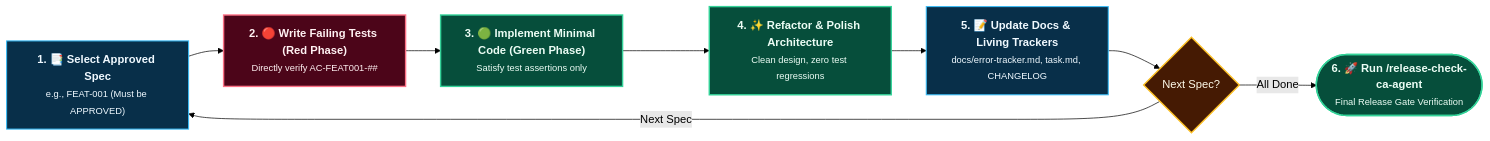
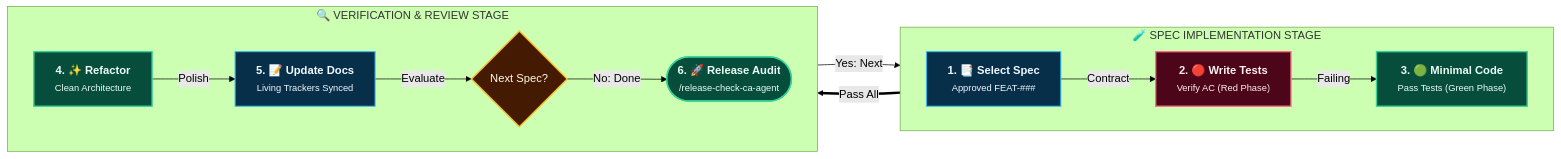
The second of 3 diagrams in SDD-TDD-Chandan-Adhikary/Spec-Driven-Development/docs/features/README.md (rmsofficialsyt/Agentic-AI-Vibe-Coding-AND-SDD-TDD-Codebase-Chandan-Adhikary), drawn with Mermaid (forest theme) before and after one commit. The commit also changed 14 other files, not shown here.

Commit message:
docs: standardize diagram aspect ratios, UI media sizing matrix, and multi-tier grid layouts

````diff
--- a/SDD-TDD-Chandan-Adhikary/Spec-Driven-Development/docs/features/README.md
+++ b/SDD-TDD-Chandan-Adhikary/Spec-Driven-Development/docs/features/README.md
@@ -60,15 +60,31 @@
 ```mermaid
 flowchart LR
     classDef step fill:#082f49,stroke:#38bdf8,stroke-width:1.5px,color:#f0f9ff;
     classDef red fill:#4c0519,stroke:#fb7185,stroke-width:2px,color:#fff1f2;
     classDef green fill:#064e3b,stroke:#34d399,stroke-width:2px,color:#ecfdf5;
     classDef gate fill:#451a03,stroke:#fbbf24,stroke-width:2px,color:#fffbeb;
 
-    SelectSpec["<b>1. 📑 Select Approved Spec</b><br/><small>e.g., FEAT-001 (Must be APPROVED)</small>"]:::step --> WriteTests["<b>2. 🔴 Write Failing Tests (Red Phase)</b><br/><small>Directly verify AC-FEAT001-##</small>"]:::red
-    WriteTests --> ImplementCode["<b>3. 🟢 Implement Minimal Code (Green Phase)</b><br/><small>Satisfy test assertions only</small>"]:::green
-    ImplementCode --> RefactorCode["<b>4. ✨ Refactor & Polish Architecture</b><br/><small>Clean design, zero test regressions</small>"]:::green
-    RefactorCode --> UpdateDocs["<b>5. 📝 Update Docs & Living Trackers</b><br/><small>docs/error-tracker.md, task.md, CHANGELOG</small>"]:::step
-    UpdateDocs --> NextSpec{"Next Spec?"}:::gate
-    NextSpec -->|"Next Spec"| SelectSpec
-    NextSpec -->|"All Done"| ReleaseAudit(["<b>6. 🚀 Run /release-check-ca-agent</b><br/><small>Final Release Gate Verification</small>"]):::green
+    subgraph ForwardTier ["🧪 SPEC IMPLEMENTATION STAGE"]
+        direction LR
+        SelectSpec["<b>1. 📑 Select Spec</b><br/><small>Approved FEAT-###</small>"]:::step
+        WriteTests["<b>2. 🔴 Write Tests</b><br/><small>Verify AC (Red Phase)</small>"]:::red
+        ImplementCode["<b>3. 🟢 Minimal Code</b><br/><small>Pass Tests (Green Phase)</small>"]:::green
+    end
+
+    subgraph ReviewTier ["🔍 VERIFICATION & REVIEW STAGE"]
+        direction LR
+        RefactorCode["<b>4. ✨ Refactor</b><br/><small>Clean Architecture</small>"]:::green
+        UpdateDocs["<b>5. 📝 Update Docs</b><br/><small>Living Trackers Synced</small>"]:::step
+        NextSpec{"Next Spec?"}:::gate
+        ReleaseAudit(["<b>6. 🚀 Release Audit</b><br/><small>/release-check-ca-agent</small>"]):::green
+    end
+
+    SelectSpec -->|"Contract"| WriteTests
+    WriteTests -->|"Failing"| ImplementCode
+    ImplementCode ==>|"Pass All"| RefactorCode
+
+    RefactorCode -->|"Polish"| UpdateDocs
+    UpdateDocs -->|"Evaluate"| NextSpec
+    NextSpec -->|"Yes: Next"| SelectSpec
+    NextSpec -->|"No: Done"| ReleaseAudit
 ```
````
